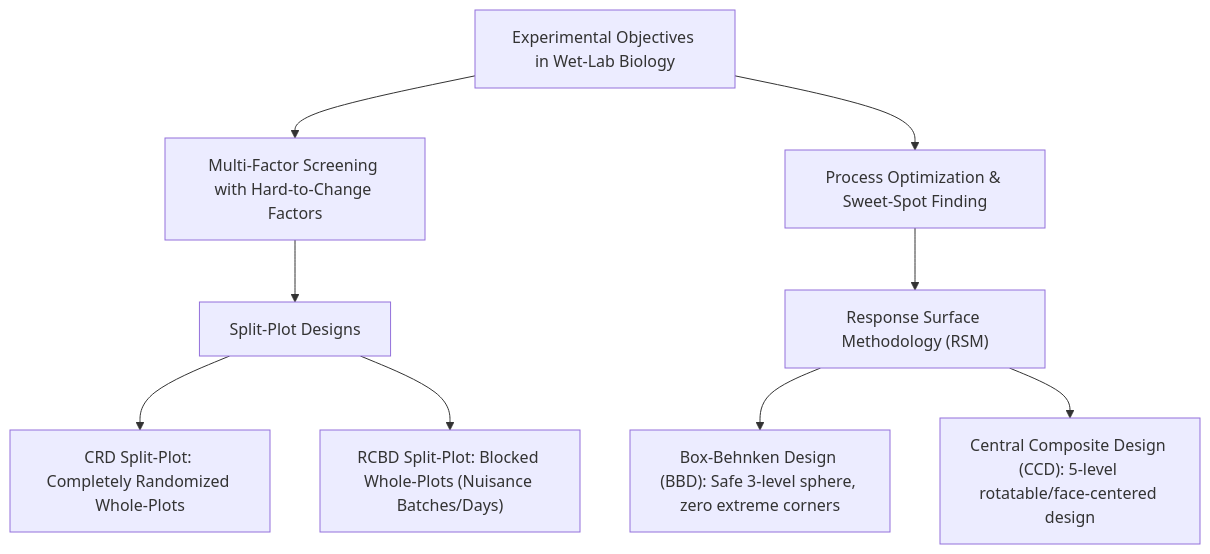
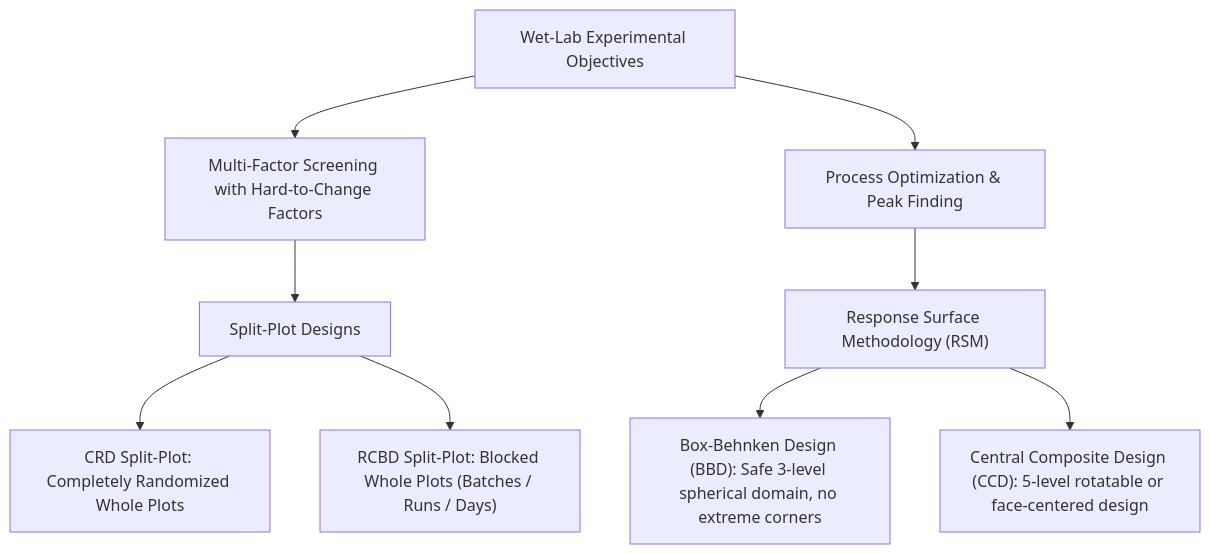
The first of 2 diagrams in README.md (ht2905/exp-design-2026), drawn with Mermaid before and after one commit. The commit also changed other lines of this file, not shown here.

````diff
--- a/README.md
+++ b/README.md
@@ -13,13 +15,13 @@
 ```mermaid
 flowchart TD
-    A["Experimental Objectives in Wet-Lab Biology"] --> B["Multi-Factor Screening with Hard-to-Change Factors"]
-    A --> C["Process Optimization & Sweet-Spot Finding"]
-    
+    A["Wet-Lab Experimental Objectives"] --> B["Multi-Factor Screening with Hard-to-Change Factors"]
+    A --> C["Process Optimization & Peak Finding"]
+
     B --> B1["Split-Plot Designs"]
-    B1 --> B2["CRD Split-Plot: Completely Randomized Whole-Plots"]
-    B1 --> B3["RCBD Split-Plot: Blocked Whole-Plots (Nuisance Batches/Days)"]
-    
+    B1 --> B2["CRD Split-Plot: Completely Randomized Whole Plots"]
+    B1 --> B3["RCBD Split-Plot: Blocked Whole Plots (Batches / Runs / Days)"]
+
     C --> C1["Response Surface Methodology (RSM)"]
-    C1 --> C2["Box-Behnken Design (BBD): Safe 3-level sphere, zero extreme corners"]
-    C1 --> C3["Central Composite Design (CCD): 5-level rotatable/face-centered design"]
+    C1 --> C2["Box-Behnken Design (BBD): Safe 3-level spherical domain, no extreme corners"]
+    C1 --> C3["Central Composite Design (CCD): 5-level rotatable or face-centered design"]
 ```
````
